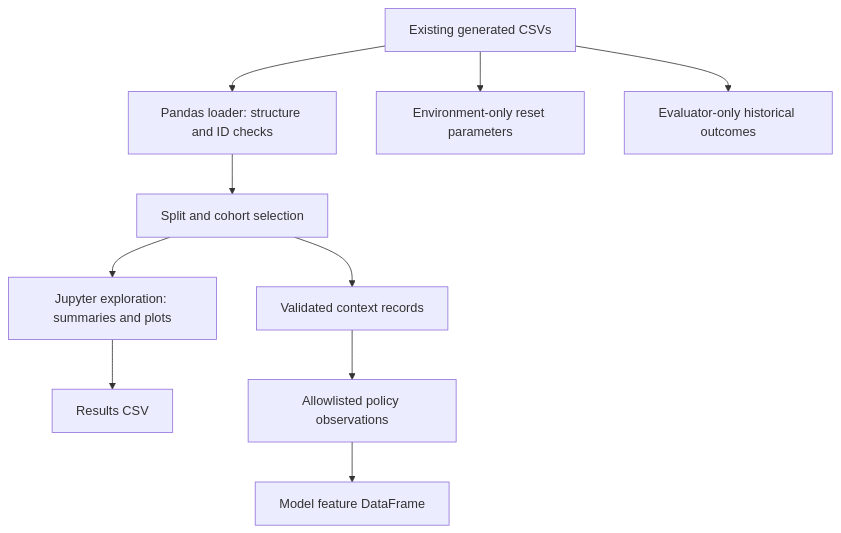
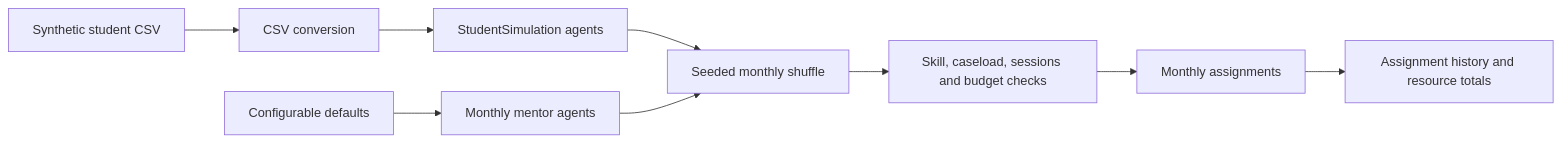
One commit to Shuniy/Prevent-Dropout-with-Limited-Tutor-Interventions changed the first of 2 diagrams in README.md. Above: the diagram before and after it, drawn with Mermaid. The commit also changed other lines of this file and 7 other files, not shown here.

````diff
--- a/README.md
+++ b/README.md
@@ -178,12 +143,11 @@
 ```mermaid
-flowchart TD
-    A[Existing generated CSVs] --> B[Pandas loader: structure and ID checks]
-    B --> C[Split and cohort selection]
-    C --> D[Jupyter exploration: summaries and plots]
-    D --> E[Results CSV]
-    C --> F[Validated context records]
-    F --> G[Allowlisted policy observations]
-    G --> H[Model feature DataFrame]
-    A --> I[Environment-only reset parameters]
-    A --> J[Evaluator-only historical outcomes]
+flowchart LR
+    A[Synthetic student CSV] --> B[CSV conversion]
+    B --> C[StudentSimulation agents]
+    D[Configurable defaults] --> E[Monthly mentor agents]
+    C --> F[Seeded monthly shuffle]
+    E --> F
+    F --> G[Skill, caseload, sessions and budget checks]
+    G --> H[Monthly assignments]
+    H --> I[Assignment history and resource totals]
 ```
````
